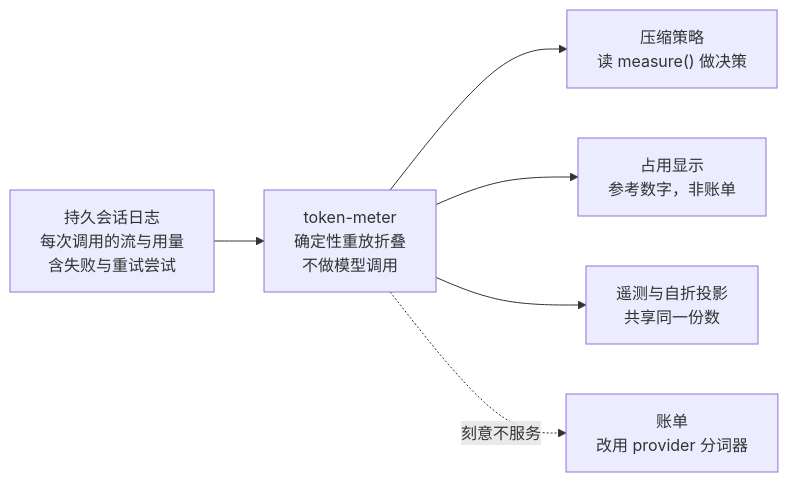
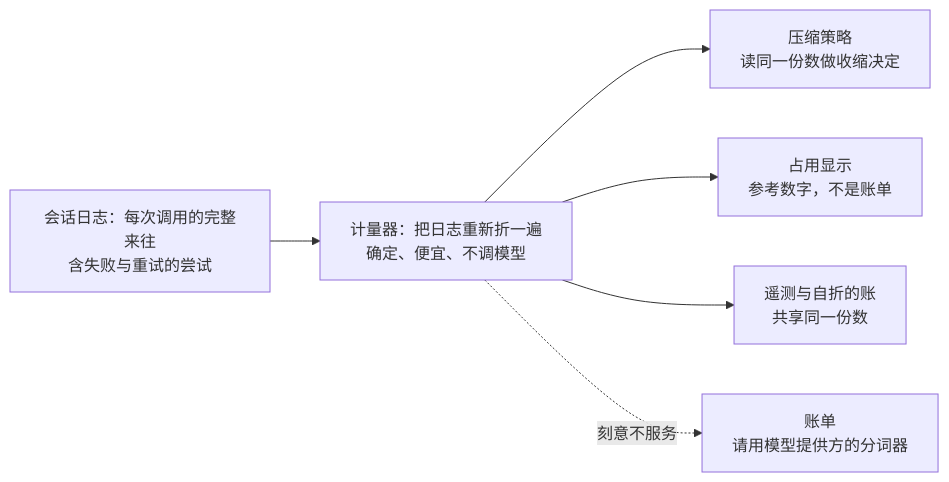
One commit to anthonyzhao-4926/blog changed the first of 3 diagrams in dsh 插件开发学习/24-会话用量与成本的计量.md. Above: the diagram before and after it, drawn with Mermaid. The commit also changed other lines of this file and 38 other files, not shown here.

````diff
--- a/dsh 插件开发学习/24-会话用量与成本的计量.md
+++ b/dsh 插件开发学习/24-会话用量与成本的计量.md
@@ -52,8 +52,8 @@
 ```mermaid
 flowchart LR
-    L["持久会话日志<br/>每次调用的流与用量<br/>含失败与重试尝试"] --> F["token-meter<br/>确定性重放折叠<br/>不做模型调用"]
-    F --> C["压缩策略<br/>读 measure() 做决策"]
-    F --> U["占用显示<br/>参考数字，非账单"]
-    F --> P["遥测与自折投影<br/>共享同一份数"]
-    F -.->|"刻意不服务"| B["账单<br/>改用 provider 分词器"]
+    L["会话日志：每次调用的完整来往<br/>含失败与重试的尝试"] --> F["计量器：把日志重新折一遍<br/>确定、便宜、不调模型"]
+    F --> C["压缩策略<br/>读同一份数做收缩决定"]
+    F --> U["占用显示<br/>参考数字，不是账单"]
+    F --> P["遥测与自折的账<br/>共享同一份数"]
+    F -.->|"刻意不服务"| B["账单<br/>请用模型提供方的分词器"]
 ```
````
